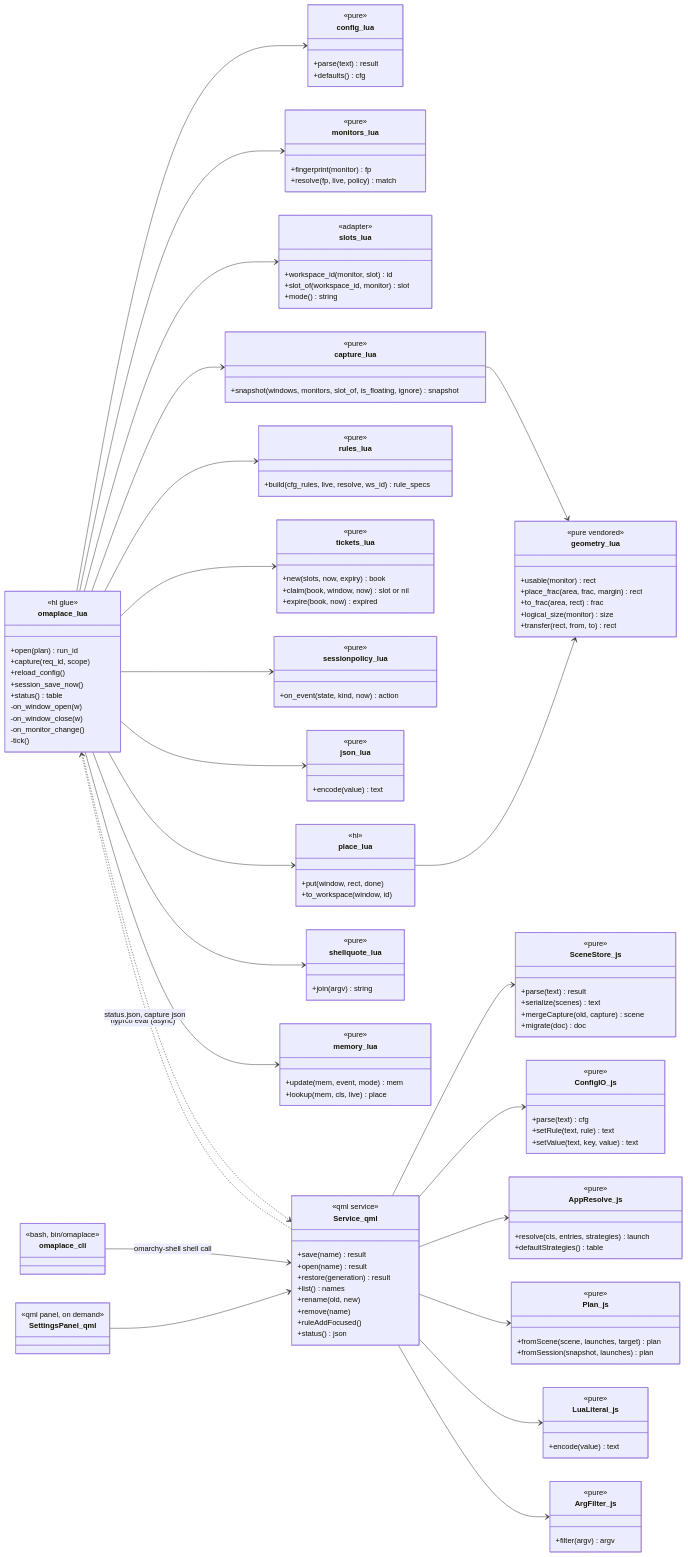
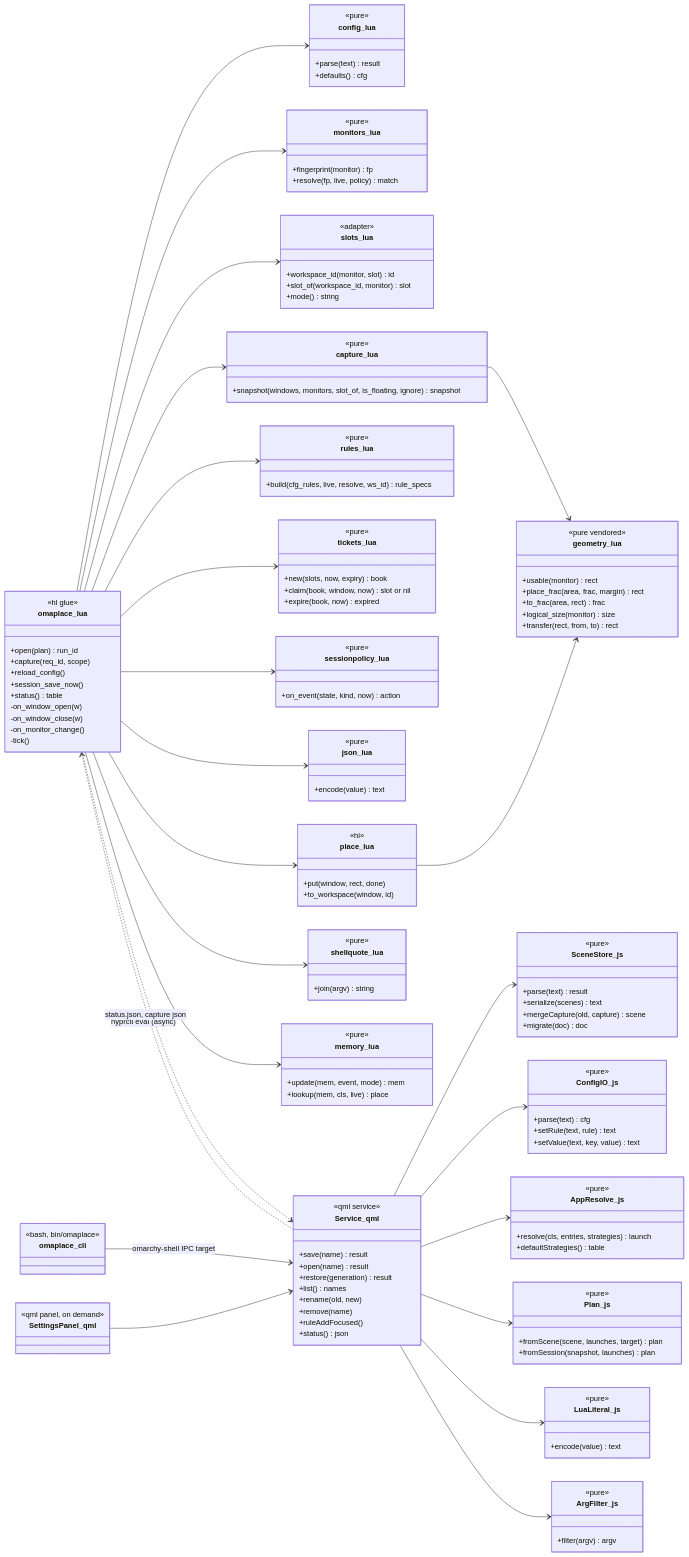
Before and after one commit to felipecpaiva/omaplace: the first of 5 diagrams in docs/design.md, drawn with Mermaid. The commit also changed other lines of this file, not shown here.

Commit message:
Design: CLI reaches the service through its own IPC target (S5)

```diff
--- a/docs/design.md
+++ b/docs/design.md
@@ -239,7 +239,7 @@
   omaplace_lua --> memory_lua
   place_lua --> geometry_lua
   capture_lua --> geometry_lua
-  omaplace_cli --> Service_qml : omarchy-shell shell call
+  omaplace_cli --> Service_qml : omarchy-shell IPC target
   SettingsPanel_qml --> Service_qml
   Service_qml --> SceneStore_js
   Service_qml --> ConfigIO_js
```
